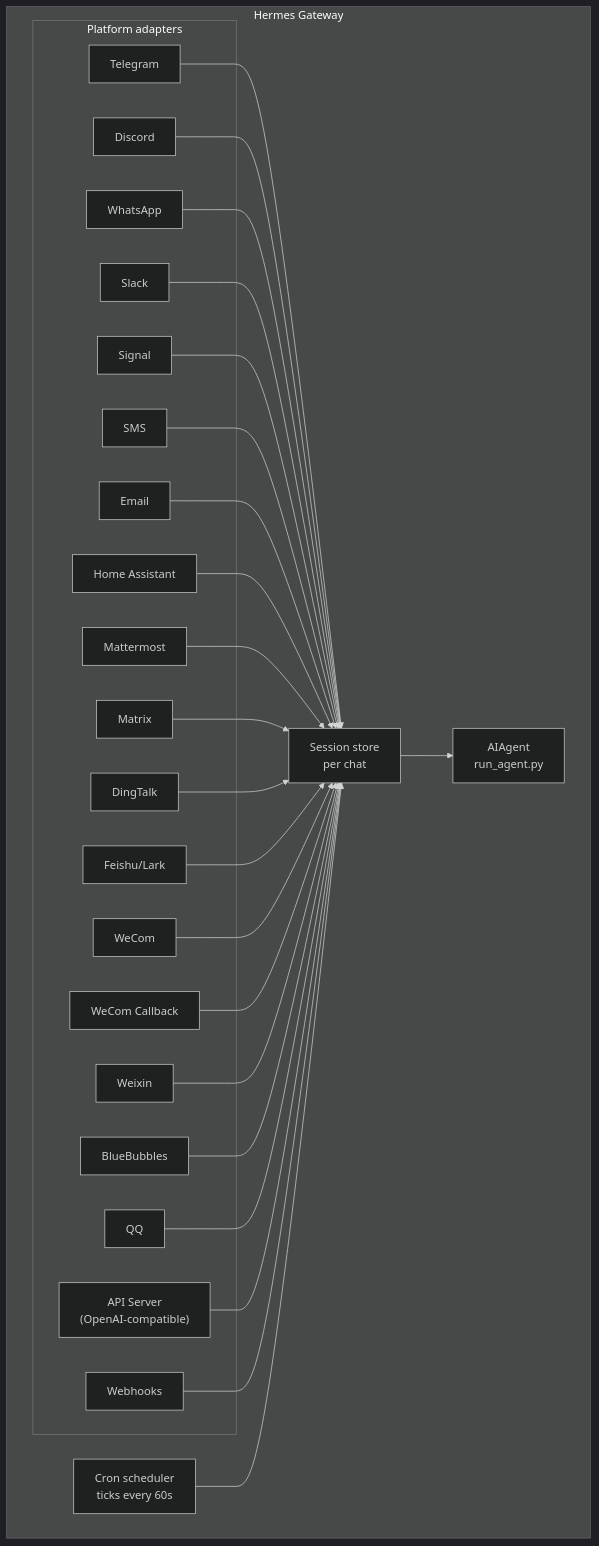
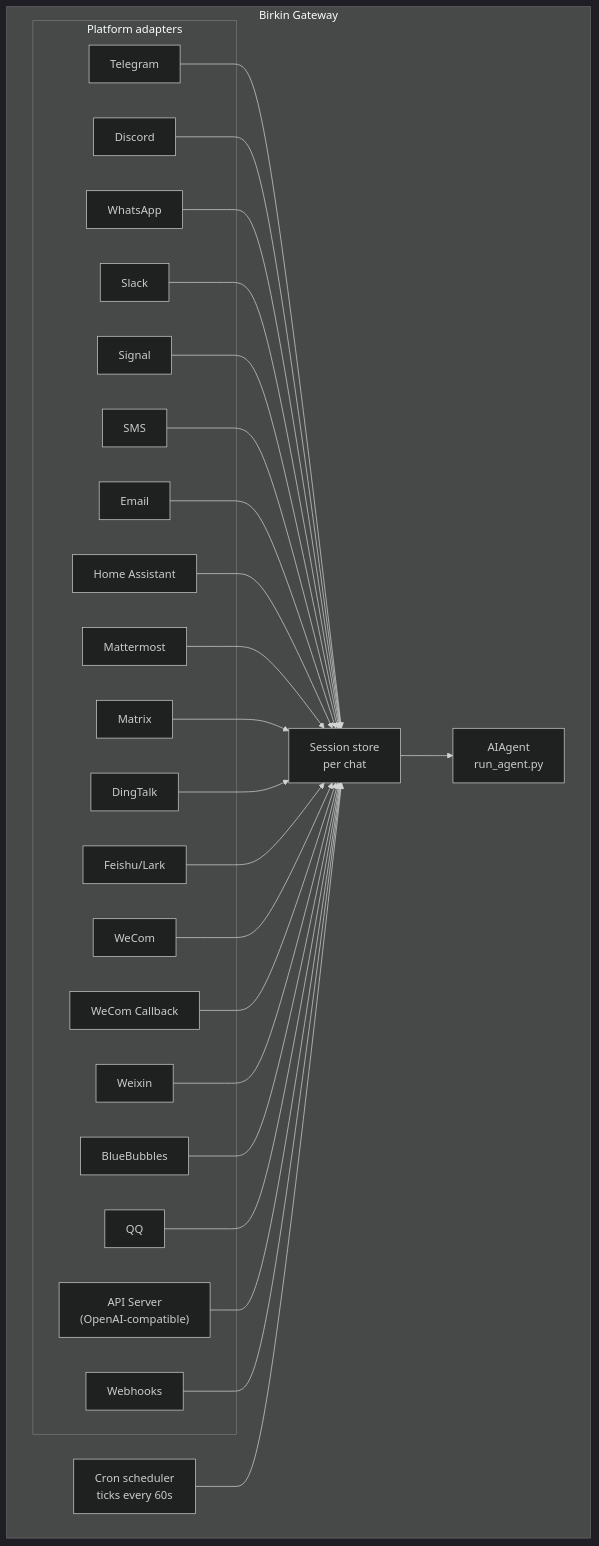
The diagram in website/docs/user-guide/messaging/index.md (ashmoonori-afk/birkin), drawn with Mermaid (dark theme) before and after one commit. The commit also changed other lines of this file and 1131 other files, not shown here.

First line of the commit message:
refactor: complete Hermes → Birkin rebrand across entire codebase

````diff
--- a/website/docs/user-guide/messaging/index.md
+++ b/website/docs/user-guide/messaging/index.md
@@ -39,52 +39,52 @@
 ```mermaid
 flowchart TB
-    subgraph Gateway["Hermes Gateway"]
+    subgraph Gateway["Birkin Gateway"]
         subgraph Adapters["Platform adapters"]
             tg[Telegram]
             dc[Discord]
             wa[WhatsApp]
             sl[Slack]
             sig[Signal]
             sms[SMS]
             em[Email]
             ha[Home Assistant]
             mm[Mattermost]
             mx[Matrix]
             dt[DingTalk]
     fs[Feishu/Lark]
     wc[WeCom]
     wcb[WeCom Callback]
     wx[Weixin]
     bb[BlueBubbles]
     qq[QQ]
             api["API Server<br/>(OpenAI-compatible)"]
             wh[Webhooks]
         end
 
         store["Session store<br/>per chat"]
         agent["AIAgent<br/>run_agent.py"]
         cron["Cron scheduler<br/>ticks every 60s"]
     end
 
     tg --> store
     dc --> store
     wa --> store
     sl --> store
     sig --> store
     sms --> store
     em --> store
     ha --> store
     mm --> store
     mx --> store
     dt --> store
     fs --> store
     wc --> store
     wcb --> store
     wx --> store
     bb --> store
     qq --> store
     api --> store
     wh --> store
     store --> agent
     cron --> store
 ```
````
